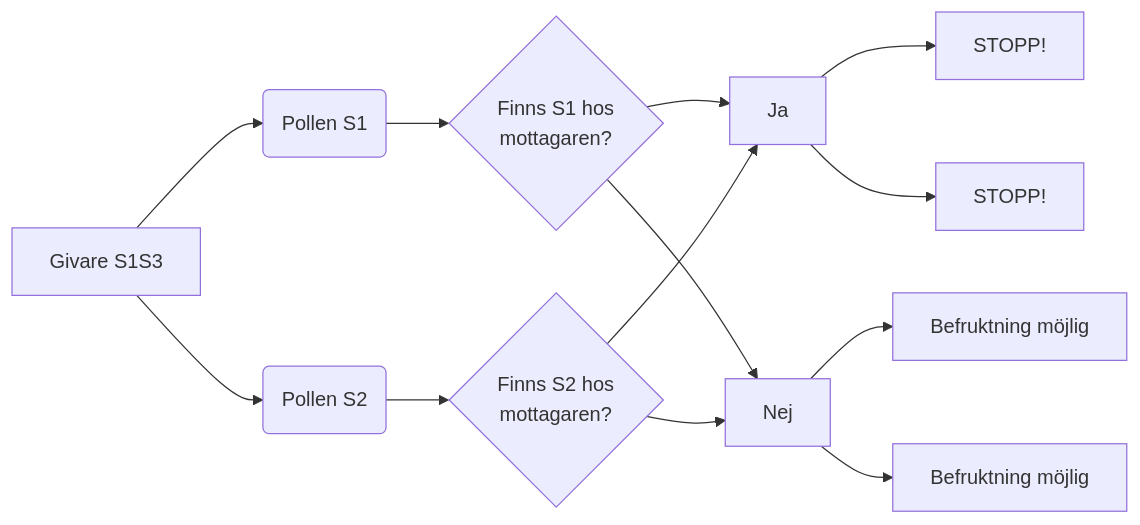
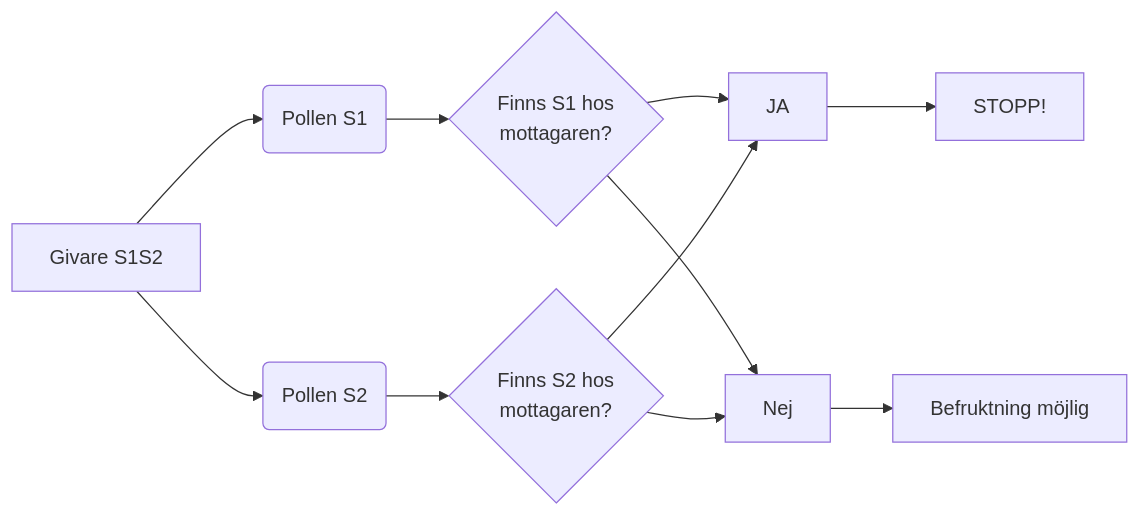
Before and after one commit to eeenilsson/odling: the first of 2 diagrams in cherries_website/pollination_about.qmd, drawn with Mermaid. The commit also changed other lines of this file and 1 other file, not shown here.

````diff
--- a/cherries_website/pollination_about.qmd
+++ b/cherries_website/pollination_about.qmd
@@ -108,12 +108,14 @@
 ```{mermaid}
 flowchart LR
-  A[Givare S1S3] --> B1(Pollen S1)
+  A[Givare S1S2] --> B1(Pollen S1)
   A --> B2(Pollen S2)
   B1 --> C{Finns S1 hos <br /> mottagaren?}
-  C --> Ja --> D[STOPP!]
-  C --> Nej --> E[Befruktning möjlig]
+  C --> D[JA]
+  C --> E[Nej]
   B2 --> F{Finns S2 hos <br /> mottagaren?}
-  F --> Ja --> G[STOPP!]
-  F --> Nej --> H[Befruktning möjlig]
+  F --> D
+  F --> E
+  D --> G[STOPP!]
+  E --> H[Befruktning möjlig]
 
 ```
````
